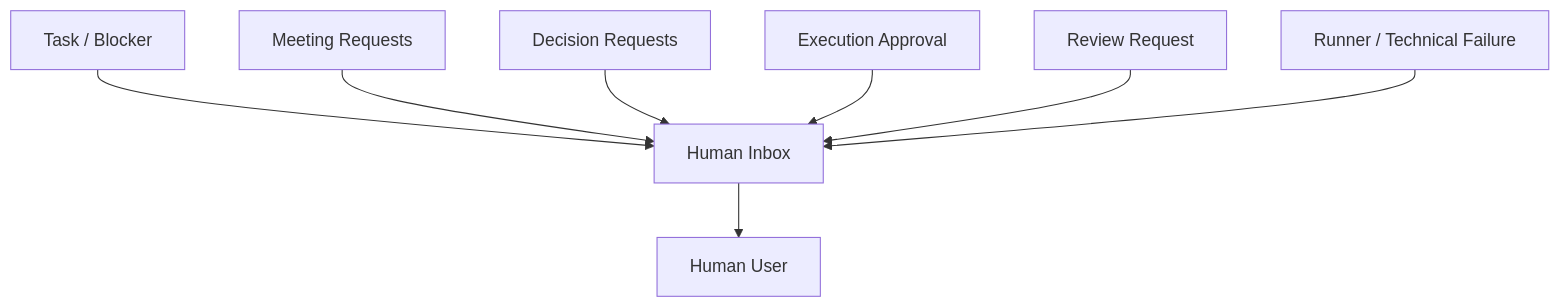
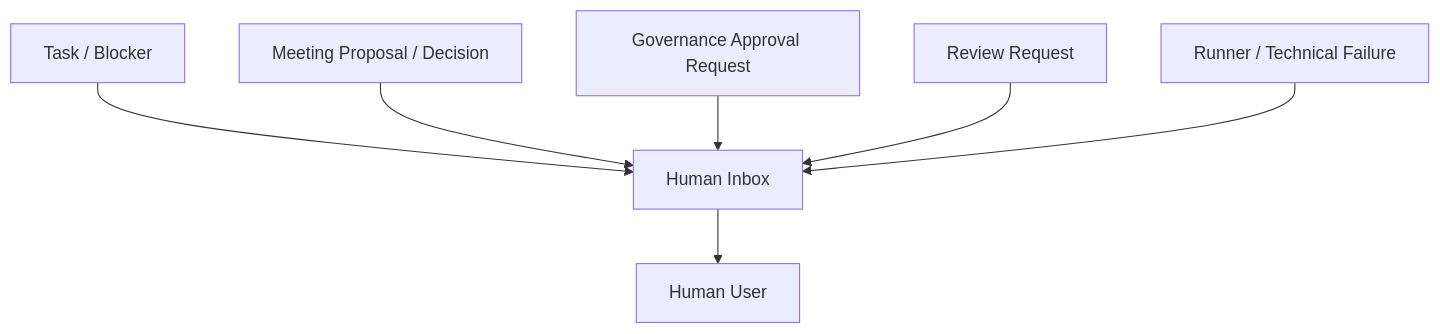
Before and after one commit to LunaDeerTech/agenteam: the second of 4 diagrams in docs/architecture/platform-infrastructure.md, drawn with Mermaid. The commit also changed other lines of this file and 17 other files, not shown here.

Commit message:
docs: refine architecture and governance design

````diff
--- a/docs/architecture/platform-infrastructure.md
+++ b/docs/architecture/platform-infrastructure.md
@@ -182,13 +182,12 @@
 ```mermaid
 flowchart TB
     Inbox["Human Inbox"]
 
     Task["Task / Blocker"] --> Inbox
-    Meeting["Meeting Requests"] --> Inbox
-    Decision["Decision Requests"] --> Inbox
-    Approval["Execution Approval"] --> Inbox
+    Meeting["Meeting Proposal / Decision"] --> Inbox
+    Approval["Governance Approval Request"] --> Inbox
     Review["Review Request"] --> Inbox
     Runner["Runner / Technical Failure"] --> Inbox
 
     Inbox --> User["Human User"]
 ```
````
